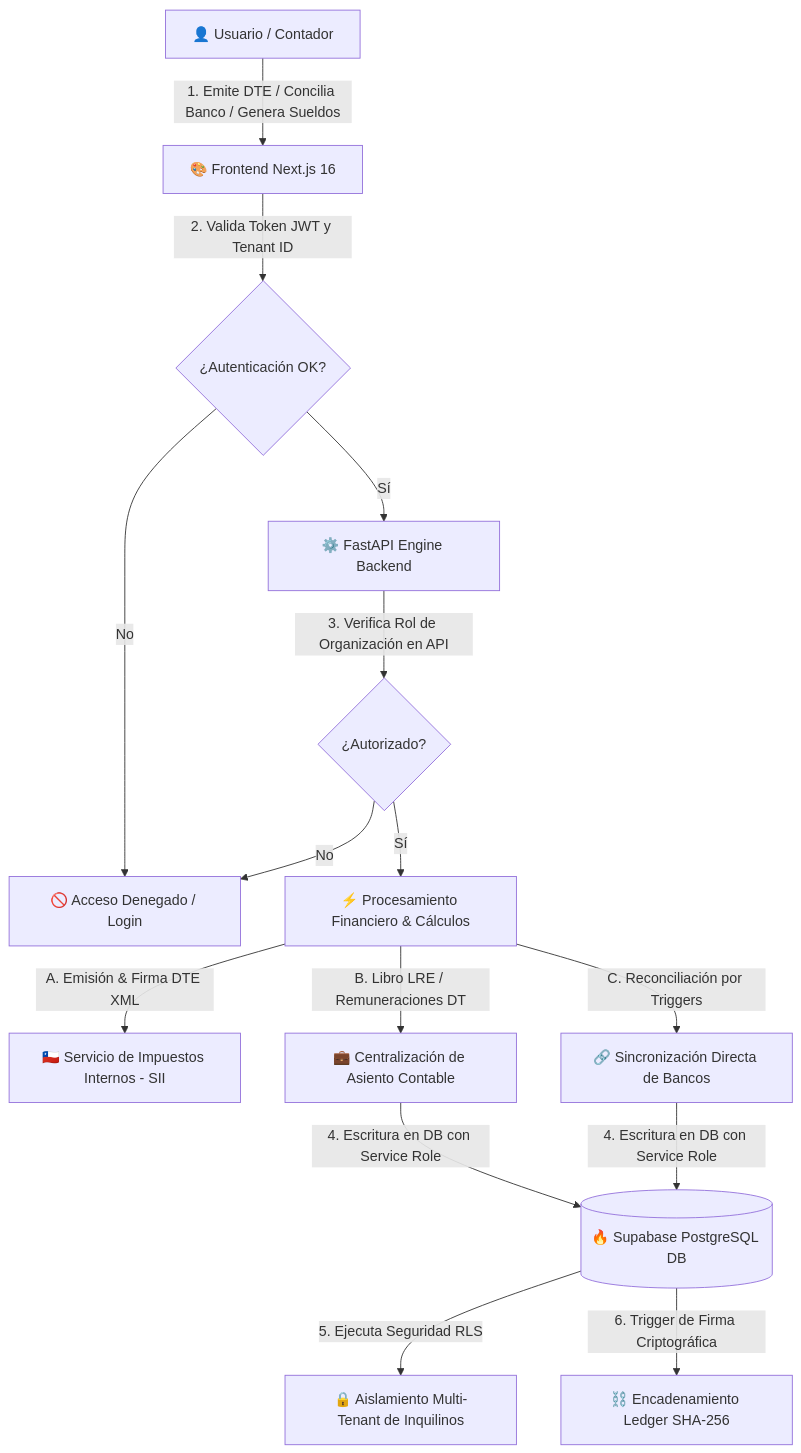
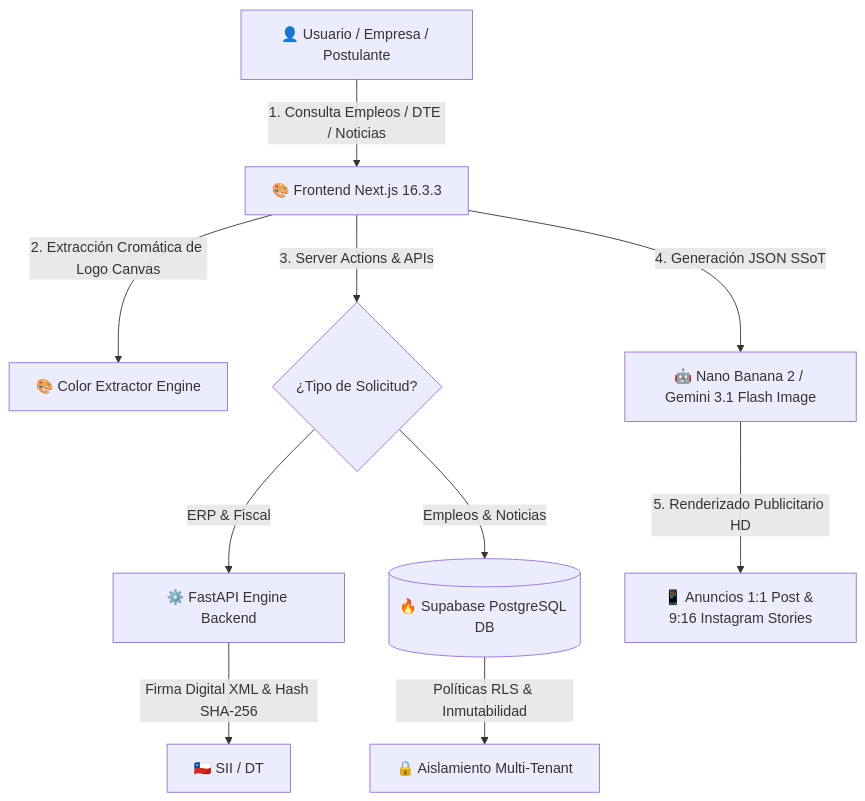
Before and after one commit to matiquelmec/ContapymeV2: the diagram in README.md, drawn with Mermaid. The commit also changed other lines of this file and 1 other file, not shown here.

````diff
--- a/README.md
+++ b/README.md
@@ -31,17 +34,12 @@
 ```mermaid
 graph TD
-    A[👤 Usuario / Contador] -->|1. Emite DTE / Concilia Banco / Genera Sueldos| B[🎨 Frontend Next.js 16]
-    B -->|2. Valida Token JWT y Tenant ID| C{¿Autenticación OK?}
-    C -->|No| D[🚫 Acceso Denegado / Login]
-    C -->|Sí| E[⚙️ FastAPI Engine Backend]
-    E -->|3. Verifica Rol de Organización en API| F{¿Autorizado?}
-    F -->|No| D
-    F -->|Sí| G[⚡ Procesamiento Financiero & Cálculos]
-    G -->|A. Emisión & Firma DTE XML| H[🇨🇱 Servicio de Impuestos Internos - SII]
-    G -->|B. Libro LRE / Remuneraciones DT| I[💼 Centralización de Asiento Contable]
-    G -->|C. Reconciliación por Triggers| J[🔗 Sincronización Directa de Bancos]
-    I -->|4. Escritura en DB con Service Role| K[(🔥 Supabase PostgreSQL DB)]
-    J -->|4. Escritura en DB con Service Role| K
-    K -->|5. Ejecuta Seguridad RLS| L[🔒 Aislamiento Multi-Tenant de Inquilinos]
-    K -->|6. Trigger de Firma Criptográfica| M[⛓️ Encadenamiento Ledger SHA-256]
+    A[👤 Usuario / Empresa / Postulante] -->|1. Consulta Empleos / DTE / Noticias| B[🎨 Frontend Next.js 16.3.3]
+    B -->|2. Extracción Cromática de Logo Canvas| C[🎨 Color Extractor Engine]
+    B -->|3. Server Actions & APIs| D{¿Tipo de Solicitud?}
+    D -->|ERP & Fiscal| E[⚙️ FastAPI Engine Backend]
+    D -->|Empleos & Noticias| F[(🔥 Supabase PostgreSQL DB)]
+    E -->|Firma Digital XML & Hash SHA-256| G[🇨🇱 SII / DT]
+    F -->|Políticas RLS & Inmutabilidad| H[🔒 Aislamiento Multi-Tenant]
+    B -->|4. Generación JSON SSoT| I[🤖 Nano Banana 2 / Gemini 3.1 Flash Image]
+    I -->|5. Renderizado Publicitario HD| J[📱 Anuncios 1:1 Post & 9:16 Instagram Stories]
 ```
````
